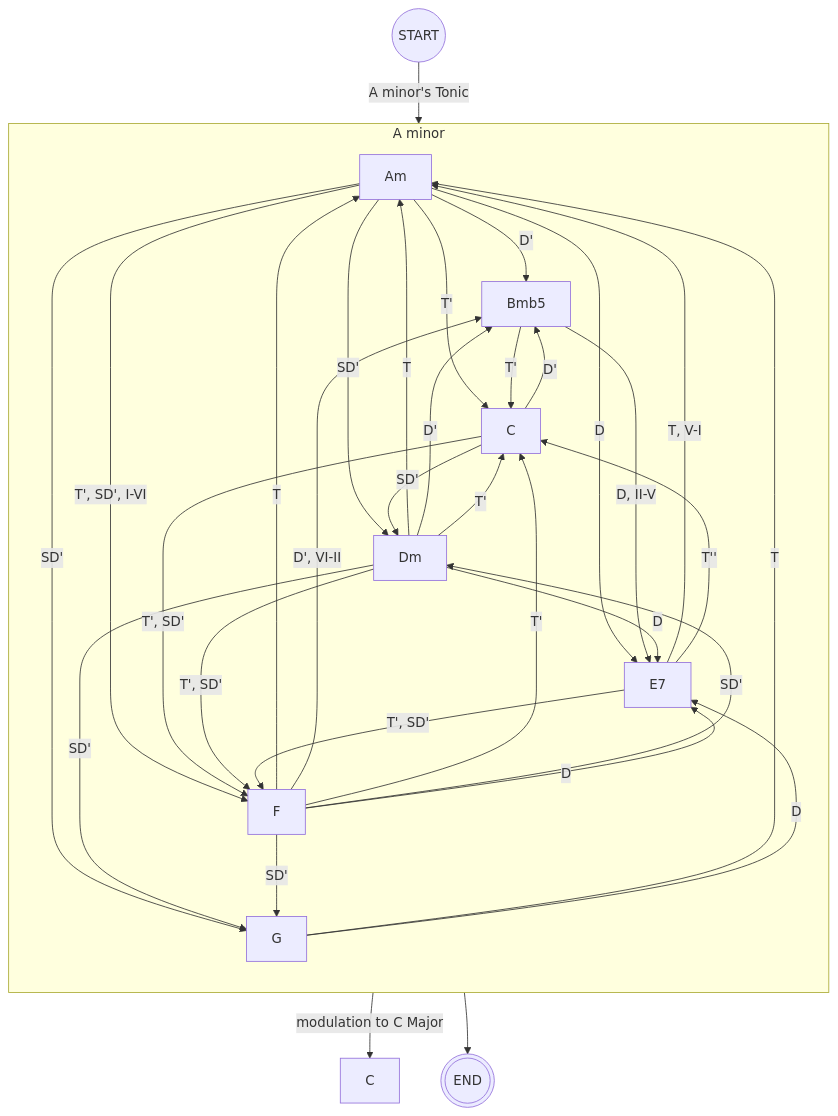
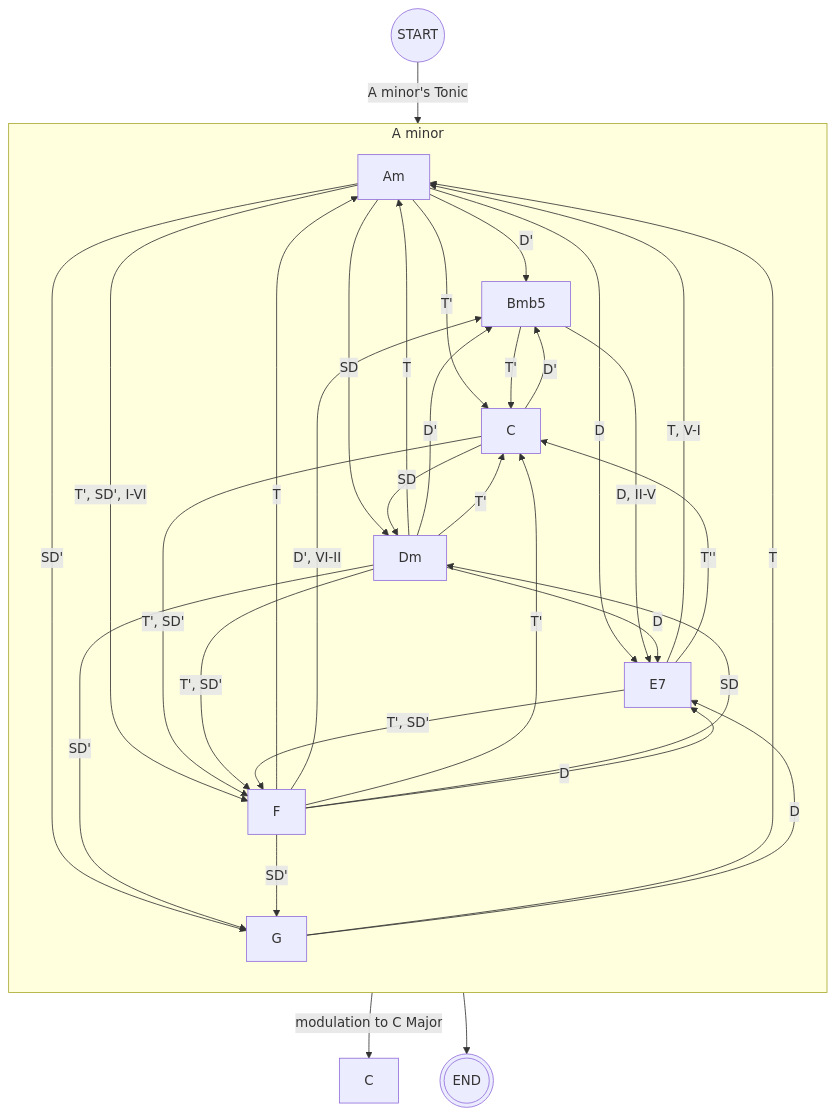
One commit to Cartman0/chord changed the diagram in AminorSTD.md. Above: the diagram before and after it, drawn with Mermaid.

````diff
--- a/AminorSTD.md
+++ b/AminorSTD.md
@@ -1,58 +1,58 @@
 ```mermaid
 flowchart TB
   %% COMMON
   S((START));
   Q(((END)));
 
   S --"A minor's Tonic" --> Am;
   subgraph "A minor"
     direction TB;
 
     E7_Am[E7];
 
     %%  Am
     Am --"D'"--> Bmb5;
     Am --"T'"--> C;
-    Am -- "SD'" --> Dm;
+    Am -- "SD" --> Dm;
     Am -- "D" --> E7_Am;
     Am -- "T', SD', I-VI" --> F;
     Am -- "SD'" --> G;
 
     %% Bmb5
     Bmb5 -- T' --> C;
     Bmb5 -- "D, II-V" --> E7_Am;
 
     %% C トニック代理
     C-- "D'" -->Bmb5;
-    C-- "SD'" -->Dm;
+    C-- "SD" -->Dm;
     C-- "T', SD'" -->F;
 
     %% Dm
     Dm -- "T" --> Am;
     Dm -- "D'" --> Bmb5;
     Dm -- "T'" --> C;
     Dm -- "D" --> E7_Am;
     Dm -- "T', SD'" --> F;
     Dm -- "SD'" --> G;
 
     %% E7
     E7_Am -- "T, V-I" --> Am;
     E7_Am -- "T''" --> C;
     E7_Am -- "T', SD' " --> F;
 
     %% F　トニック代理、サブドミナント代理
     F -- "T" --> Am;
     F-- "D', VI-II" -->Bmb5;
     F -- "T'" --> C;
-    F --"SD'"--> Dm;
+    F --"SD"--> Dm;
     F -- "D" --> E7_Am;
     F -- "SD'" -->G;
 
     %% G　サブドミナント代理
     G -- "T" --> Am;
     G -- "D" --> E7_Am;
   end
   
   G -- "modulation to C Major" --> C_CM[C];
   Am --> Q;
 ```
````
